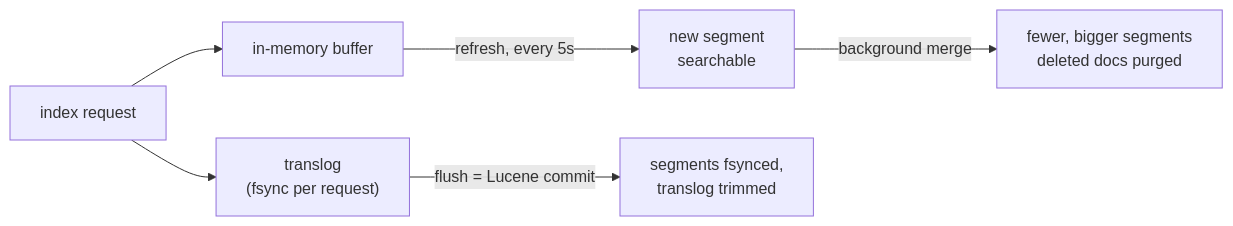
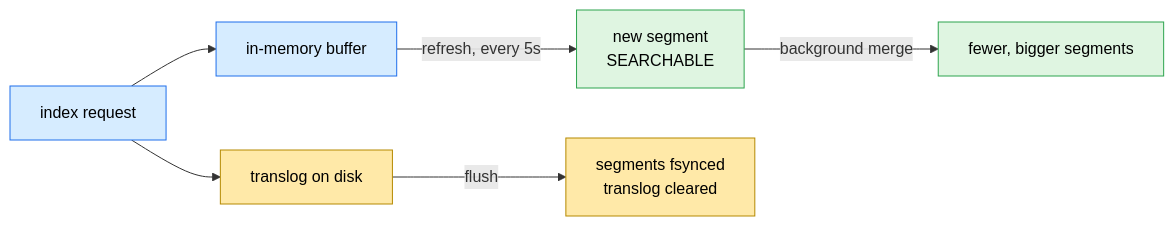
One commit to mohiadeen-ameer/opensearch-lab changed the fifth of 6 diagrams in README.md. Above: the diagram before and after it, drawn with Mermaid. The commit also changed other lines of this file and 1 other file, not shown here.

First line of the commit message:
Add cluster architecture diagrams to INTERVIEW, simplify README diagrams

````diff
--- a/README.md
+++ b/README.md
@@ -209,8 +219,12 @@
 ```mermaid
 flowchart LR
-    W["index request"] --> BUF["in-memory buffer"]
-    W --> TL["translog<br/>(fsync per request)"]
-    BUF -- "refresh, every 5s" --> SEG["new segment<br/>searchable"]
-    SEG -- "background merge" --> BIG["fewer, bigger segments<br/>deleted docs purged"]
-    TL -- "flush = Lucene commit" --> DISK["segments fsynced,<br/>translog trimmed"]
+    W["index request"] --> BUF["in-memory buffer"] -- "refresh, every 5s" --> SEG["new segment<br/>SEARCHABLE"] -- "background merge" --> BIG["fewer, bigger segments"]
+    W --> TL["translog on disk"] -- "flush" --> DISK["segments fsynced<br/>translog cleared"]
+
+    classDef a fill:#d6ecff,stroke:#1f6feb,color:#000
+    classDef b fill:#dff5e1,stroke:#2da44e,color:#000
+    classDef c fill:#ffe9a8,stroke:#b58900,color:#000
+    class W,BUF a
+    class SEG,BIG b
+    class TL,DISK c
 ```
````
